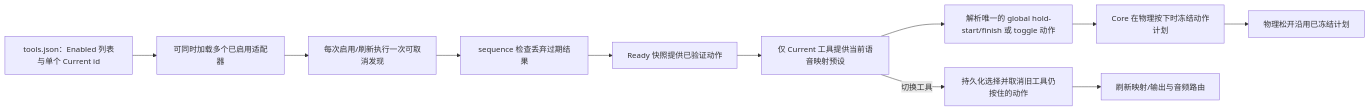
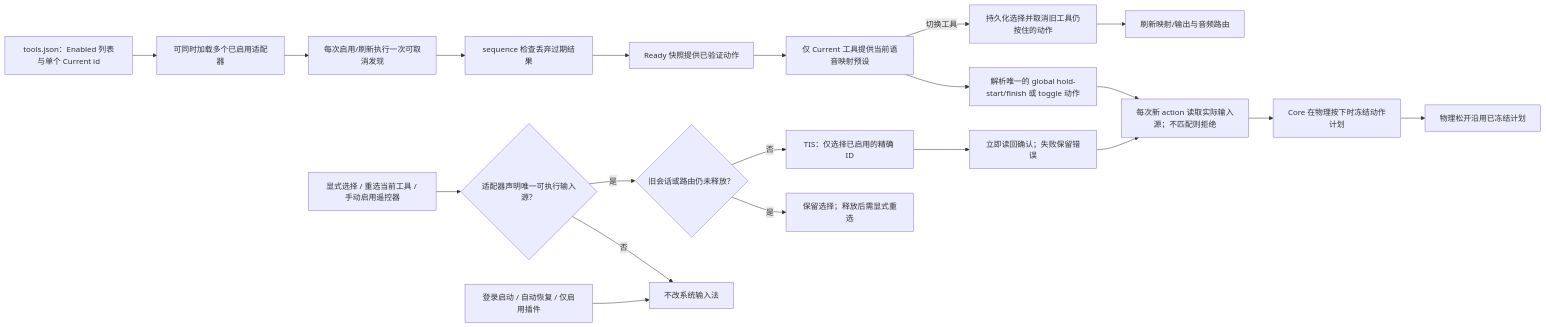
The diagram in tools/workbench/diagrams/voice-tool-selection.mmd (daftAI2026/MiMac), drawn with Mermaid before and after one commit. The commit also changed 6 other files, not shown here.

```diff
--- a/tools/workbench/diagrams/voice-tool-selection.mmd
+++ b/tools/workbench/diagrams/voice-tool-selection.mmd
@@ -1,11 +1,20 @@
 flowchart LR
     prefs["tools.json：Enabled 列表与单个 Current id"] --> loaded["可同时加载多个已启用适配器"]
     loaded --> discover["每次启用/刷新执行一次可取消发现"]
     discover --> sequence["sequence 检查丢弃过期结果"]
     sequence --> snapshots["Ready 快照提供已验证动作"]
     snapshots --> selected["仅 Current 工具提供当前语音映射预设"]
     selected --> resolve["解析唯一的 global hold-start/finish 或 toggle 动作"]
-    resolve --> freeze["Core 在物理按下时冻结动作计划"]
+    resolve --> preflight["每次新 action 读取实际输入源；不匹配则拒绝"]
+    preflight --> freeze["Core 在物理按下时冻结动作计划"]
     freeze --> release["物理松开沿用已冻结计划"]
     selected -->|切换工具| cancel["持久化选择并取消旧工具仍按住的动作"]
     cancel --> refresh["刷新映射/输出与音频路由"]
+    explicit["显式选择 / 重选当前工具 / 手动启用遥控器"] --> required{"适配器声明唯一可执行输入源？"}
+    required -->|否| unchanged["不改系统输入法"]
+    required -->|是| busy{"旧会话或路由仍未释放？"}
+    busy -->|是| retry["保留选择；释放后需显式重选"]
+    busy -->|否| enabledSource["TIS：仅选择已启用的精确 ID"]
+    enabledSource --> verify["立即读回确认；失败保留错误"]
+    verify --> preflight
+    background["登录启动 / 自动恢复 / 仅启用插件"] --> unchanged
```
